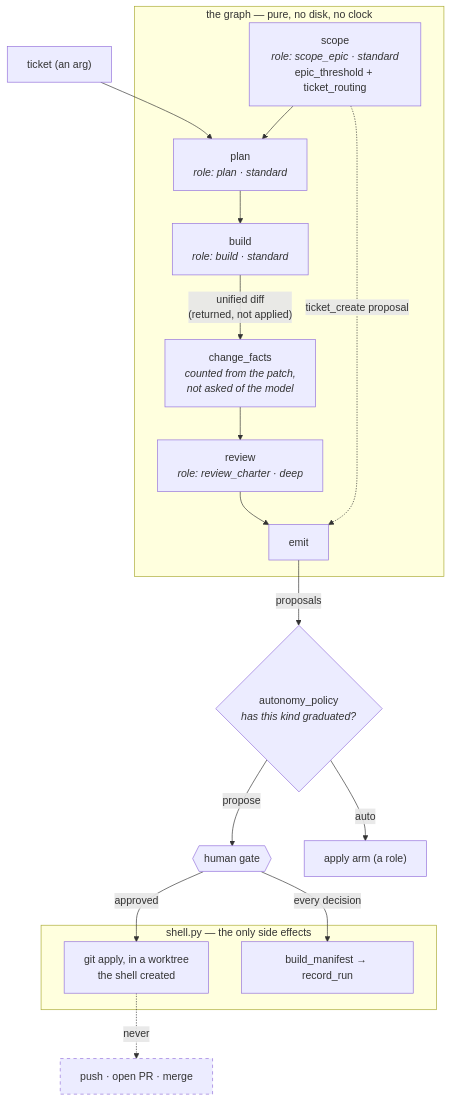
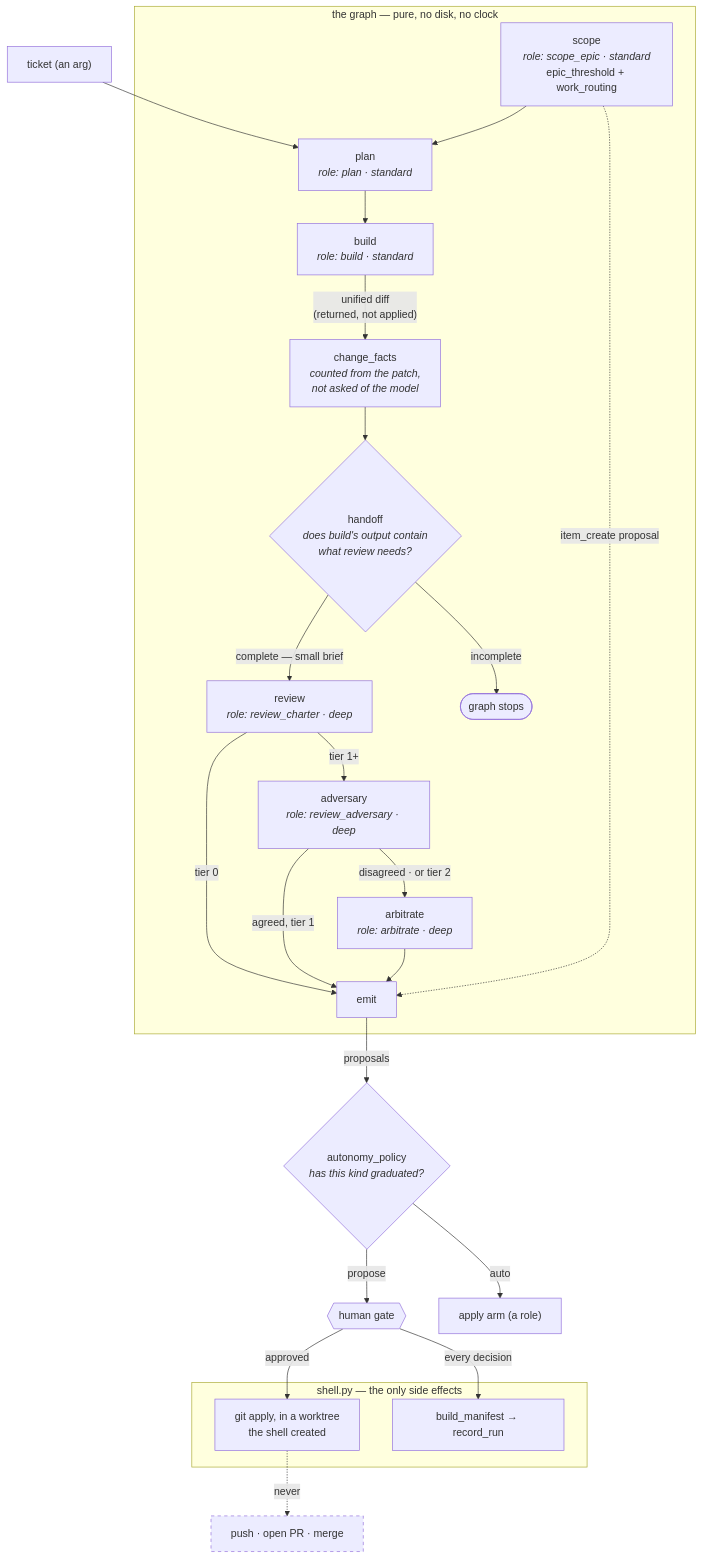
The diagram in graphs/lifecycle-propose.md (ppfenning/coxswain-graphs), drawn with Mermaid before and after one commit. The commit also changed other lines of this file and 19 other files, not shown here.

````diff
--- a/graphs/lifecycle-propose.md
+++ b/graphs/lifecycle-propose.md
@@ -28,36 +28,46 @@
 ```mermaid
 flowchart TB
     TICKET["ticket (an arg)"] --> PLAN
 
     subgraph GRAPH["the graph — pure, no disk, no clock"]
-        SCOPE["scope<br/><i>role: scope_epic · standard</i><br/>epic_threshold + ticket_routing"]
+        SCOPE["scope<br/><i>role: scope_epic · standard</i><br/>epic_threshold + work_routing"]
         PLAN["plan<br/><i>role: plan · standard</i>"]
         BUILD["build<br/><i>role: build · standard</i>"]
         REVIEW["review<br/><i>role: review_charter · deep</i>"]
         FACTS["change_facts<br/><i>counted from the patch,<br/>not asked of the model</i>"]
         EMIT["emit"]
 
+        HANDOFF{"handoff<br/><i>does build's output contain<br/>what review needs?</i>"}
+        ADV["adversary<br/><i>role: review_adversary · deep</i>"]
+        ARB["arbitrate<br/><i>role: arbitrate · deep</i>"]
+
         SCOPE --> PLAN
         PLAN --> BUILD
         BUILD -- "unified diff<br/>(returned, not applied)" --> FACTS
-        FACTS --> REVIEW
-        REVIEW --> EMIT
-        SCOPE -. "ticket_create proposal" .-> EMIT
+        FACTS --> HANDOFF
+        HANDOFF -- "incomplete" --> STOP(["graph stops"])
+        HANDOFF -- "complete — small brief" --> REVIEW
+        REVIEW -- "tier 0" --> EMIT
+        REVIEW -- "tier 1+" --> ADV
+        ADV -- "agreed, tier 1" --> EMIT
+        ADV -- "disagreed · or tier 2" --> ARB
+        ARB --> EMIT
+        SCOPE -. "item_create proposal" .-> EMIT
     end
 
     EMIT -- "proposals" --> POLICY{"autonomy_policy<br/><i>has this kind graduated?</i>"}
     POLICY -- "propose" --> GATE{{"human gate"}}
     POLICY -- "auto" --> ARM["apply arm (a role)"]
 
     subgraph SHELL["shell.py — the only side effects"]
         APPLY["git apply, in a worktree<br/>the shell created"]
         RECORD["build_manifest → record_run"]
     end
 
     GATE -- "approved" --> APPLY
     GATE -- "every decision" --> RECORD
 
     APPLY -.->|"never"| PUSH["push · open PR · merge"]
 
     style PUSH stroke-dasharray: 5 5
 ```
````
